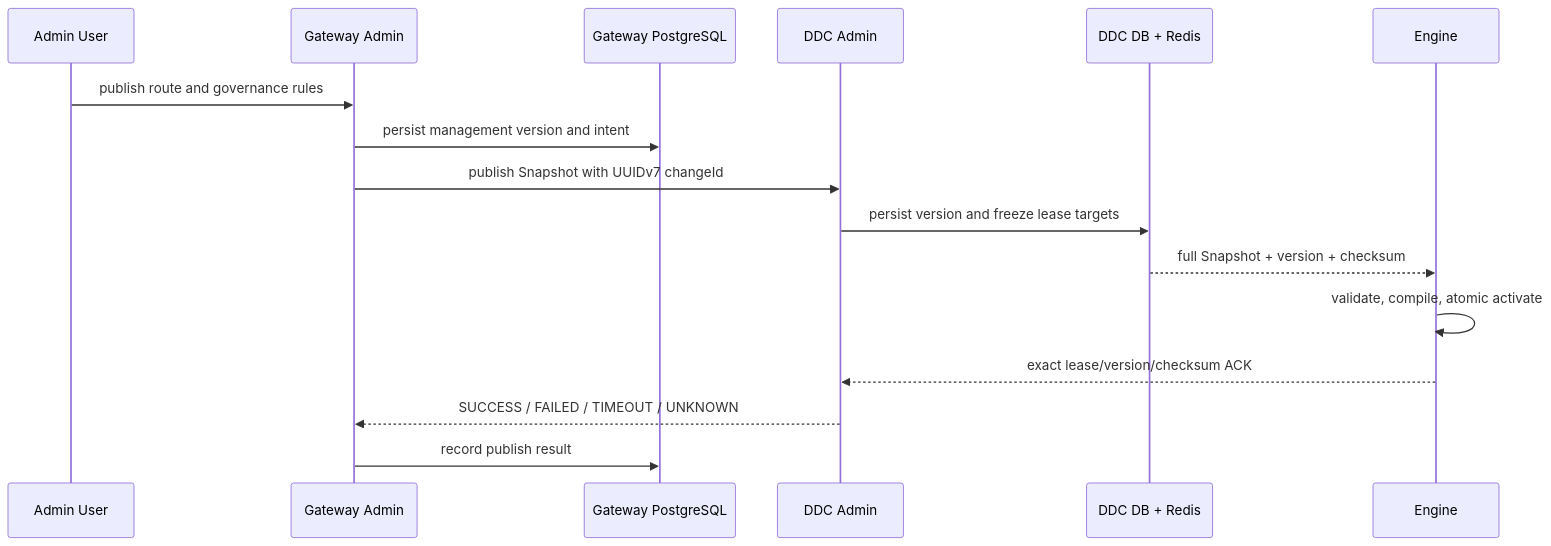
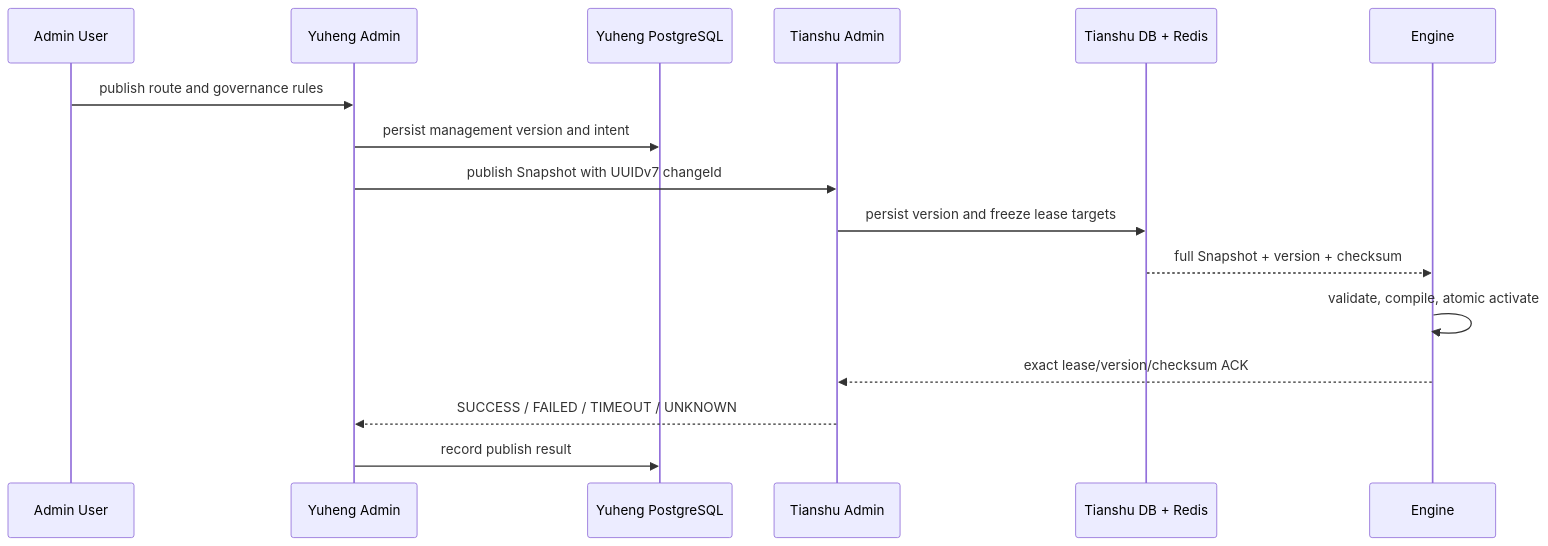
Before and after one commit to AllenDEricDAlexander/Egon-COLA: the third of 3 diagrams in docs/superpowers/specs/2026-07-24-gateway-component-design.md, drawn with Mermaid. The commit also changed other lines of this file and 233 other files, not shown here.

````diff
--- a/docs/superpowers/specs/2026-07-24-gateway-component-design.md
+++ b/docs/superpowers/specs/2026-07-24-gateway-component-design.md
@@ -675,19 +675,19 @@
 ```mermaid
 sequenceDiagram
     participant User as Admin User
-    participant Admin as Gateway Admin
-    participant GatewayDB as Gateway PostgreSQL
-    participant DDC as DDC Admin
-    participant DDCStore as DDC DB + Redis
+    participant Admin as Yuheng Admin
+    participant GatewayDB as Yuheng PostgreSQL
+    participant Tianshu as Tianshu Admin
+    participant DDCStore as Tianshu DB + Redis
     participant Engine
 
     User->>Admin: publish route and governance rules
     Admin->>GatewayDB: persist management version and intent
-    Admin->>DDC: publish Snapshot with UUIDv7 changeId
-    DDC->>DDCStore: persist version and freeze lease targets
+    Admin->>Tianshu: publish Snapshot with UUIDv7 changeId
+    Tianshu->>DDCStore: persist version and freeze lease targets
     DDCStore-->>Engine: full Snapshot + version + checksum
     Engine->>Engine: validate, compile, atomic activate
-    Engine-->>DDC: exact lease/version/checksum ACK
-    DDC-->>Admin: SUCCESS / FAILED / TIMEOUT / UNKNOWN
+    Engine-->>Tianshu: exact lease/version/checksum ACK
+    Tianshu-->>Admin: SUCCESS / FAILED / TIMEOUT / UNKNOWN
     Admin->>GatewayDB: record publish result
 ```
````
